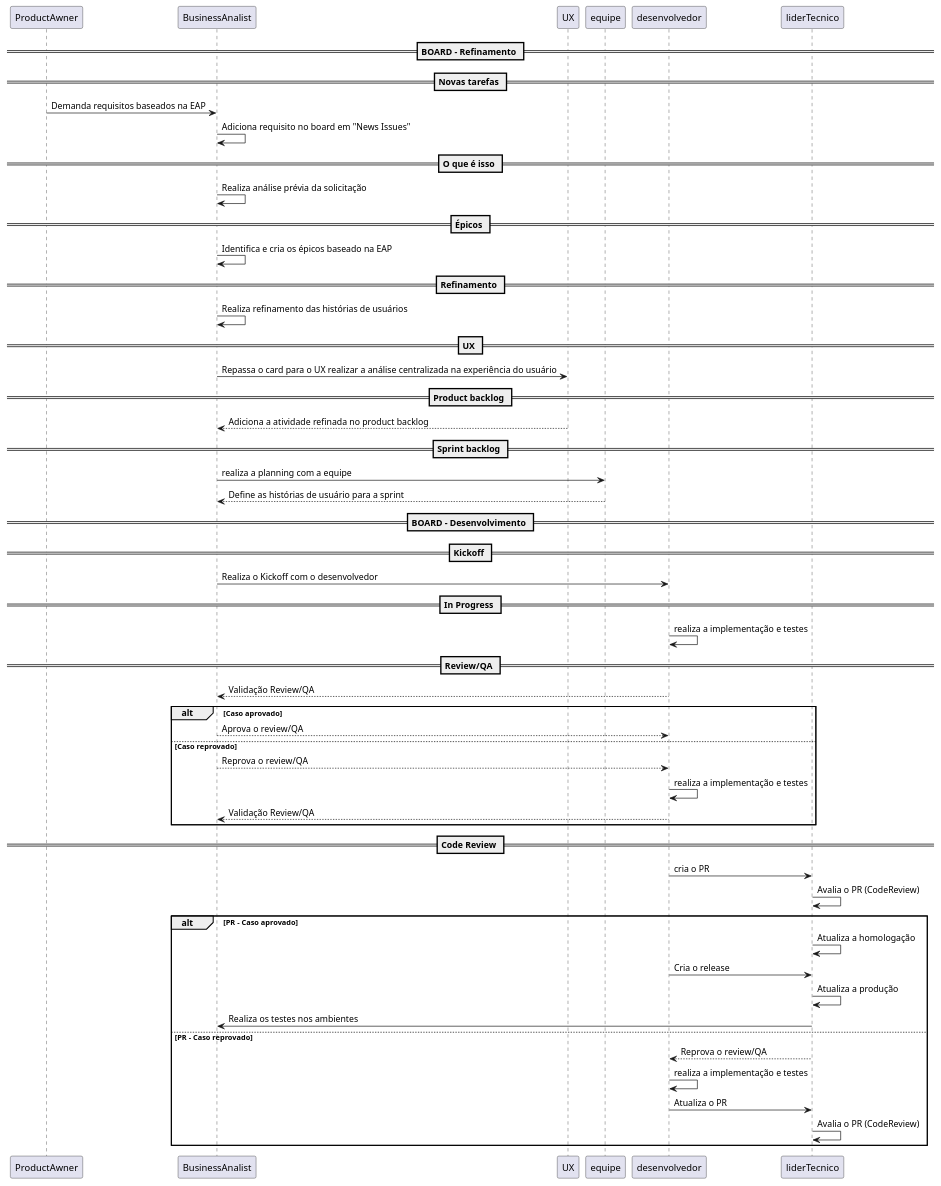
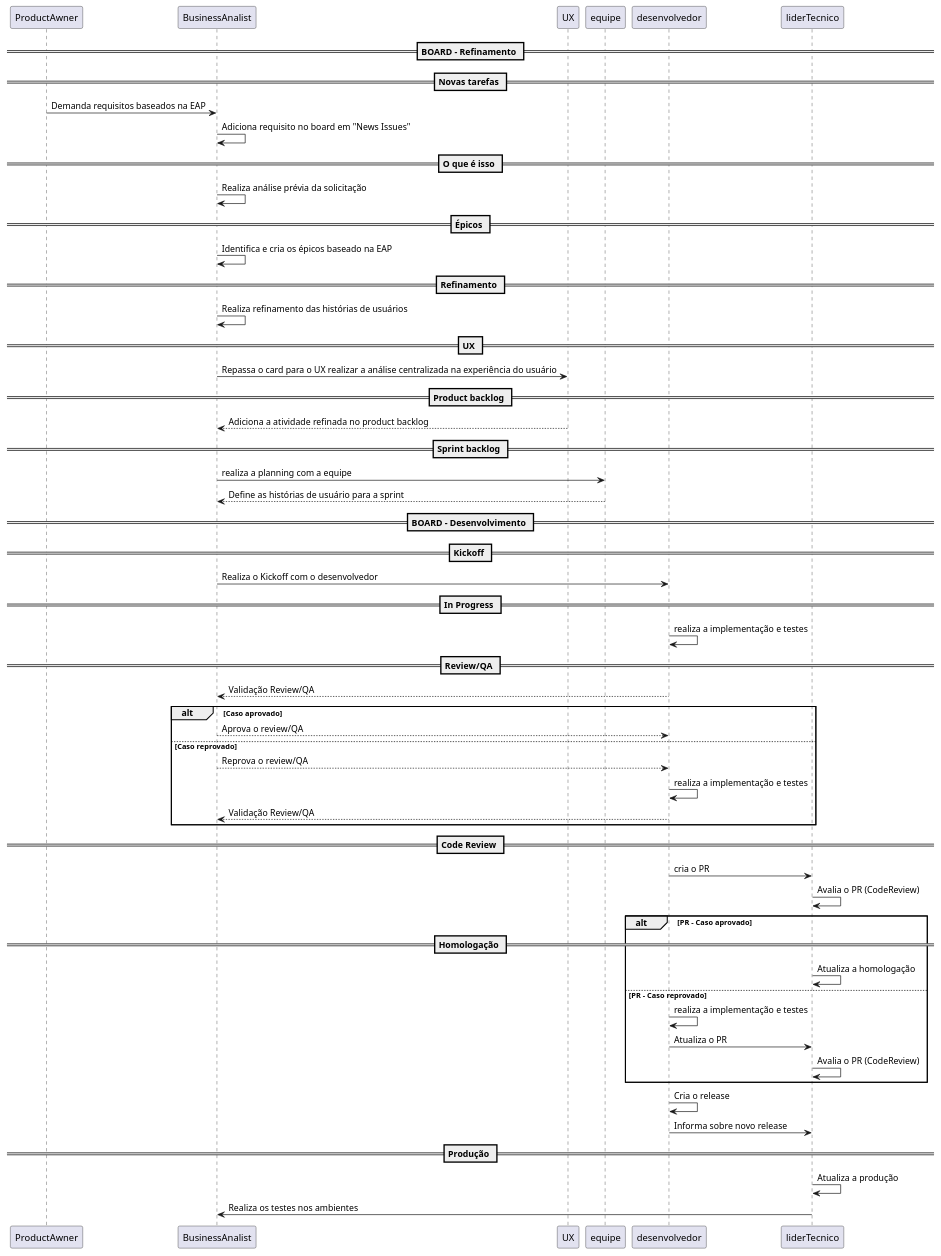
The diagram in produtosperfis.plantuml (vicmagpac/processos), drawn with PlantUML before and after one commit. The commit also changed 1 other file, not shown here.

Commit message:
add ambientes

```diff
--- a/produtosperfis.plantuml
+++ b/produtosperfis.plantuml
@@ -1,50 +1,52 @@
 @startuml
 
 ==  BOARD - Refinamento ==
 == Novas tarefas ==
 ProductAwner -> BusinessAnalist: Demanda requisitos baseados na EAP
 BusinessAnalist -> BusinessAnalist: Adiciona requisito no board em "News Issues"
 == O que é isso == 
 BusinessAnalist -> BusinessAnalist: Realiza análise prévia da solicitação 
 == Épicos ==
 BusinessAnalist -> BusinessAnalist: Identifica e cria os épicos baseado na EAP
 == Refinamento ==
 BusinessAnalist -> BusinessAnalist: Realiza refinamento das histórias de usuários
 == UX ==
 BusinessAnalist -> UX: Repassa o card para o UX realizar a análise centralizada na experiência do usuário
 == Product backlog ==
 UX --> BusinessAnalist: Adiciona a atividade refinada no product backlog
 == Sprint backlog ==
 BusinessAnalist -> equipe: realiza a planning com a equipe
 equipe --> BusinessAnalist: Define as histórias de usuário para a sprint
 == BOARD - Desenvolvimento ==
 == Kickoff ==
 BusinessAnalist -> desenvolvedor: Realiza o Kickoff com o desenvolvedor
 == In Progress ==
 desenvolvedor -> desenvolvedor: realiza a implementação e testes
 == Review/QA ==
 desenvolvedor --> BusinessAnalist: Validação Review/QA
 alt Caso aprovado
  BusinessAnalist --> desenvolvedor: Aprova o review/QA
 else Caso reprovado
  BusinessAnalist --> desenvolvedor: Reprova o review/QA
  desenvolvedor -> desenvolvedor: realiza a implementação e testes 
  desenvolvedor --> BusinessAnalist: Validação Review/QA
 end
 == Code Review ==
 desenvolvedor -> liderTecnico: cria o PR
 liderTecnico -> liderTecnico: Avalia o PR (CodeReview)
 alt PR - Caso aprovado
+  == Homologação ==
   liderTecnico -> liderTecnico: Atualiza a homologação
-  desenvolvedor -> liderTecnico: Cria o release
-  liderTecnico -> liderTecnico: Atualiza a produção
-  liderTecnico -> BusinessAnalist: Realiza os testes nos ambientes
 else PR - Caso reprovado
- liderTecnico --> desenvolvedor: Reprova o review/QA
  desenvolvedor -> desenvolvedor: realiza a implementação e testes 
  desenvolvedor -> liderTecnico: Atualiza o PR
  liderTecnico -> liderTecnico: Avalia o PR (CodeReview)
 end
+desenvolvedor -> desenvolvedor: Cria o release
+desenvolvedor -> liderTecnico: Informa sobre novo release
+== Produção ==
+liderTecnico -> liderTecnico: Atualiza a produção
+liderTecnico -> BusinessAnalist: Realiza os testes nos ambientes
 
 
 @enduml
```
